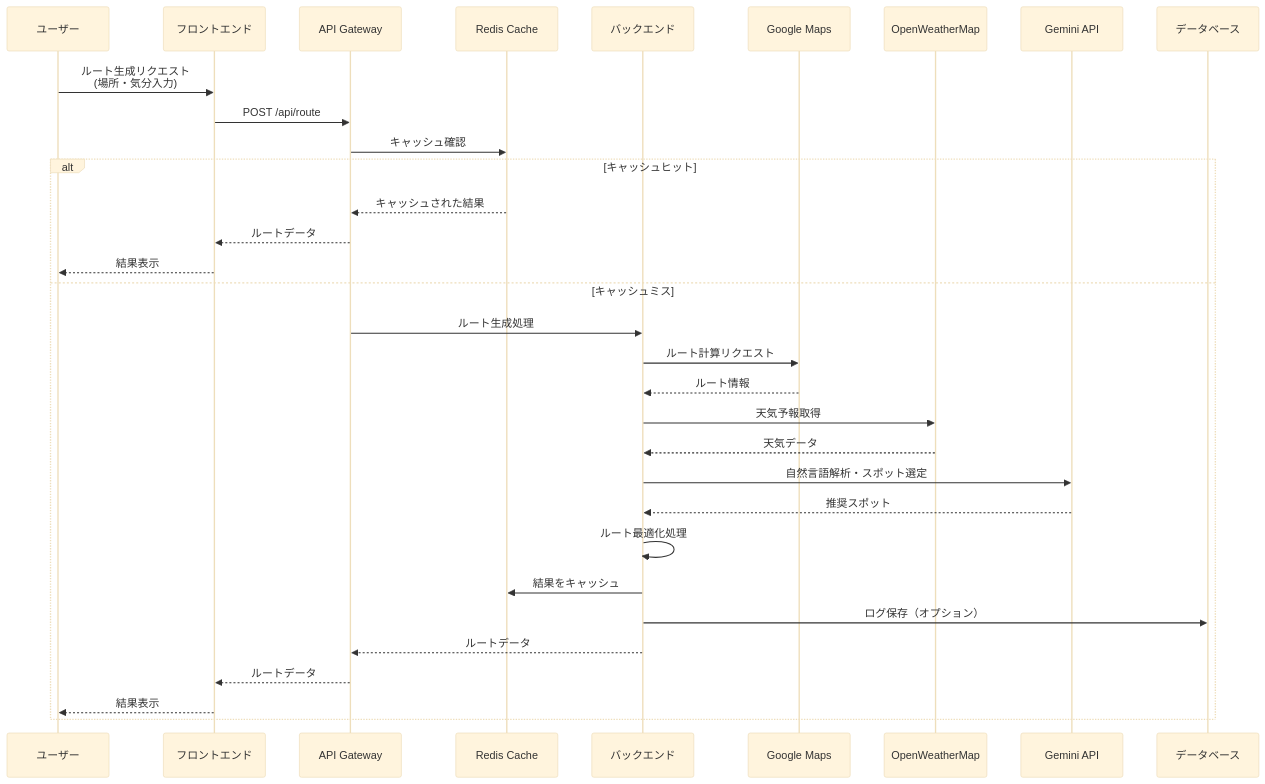
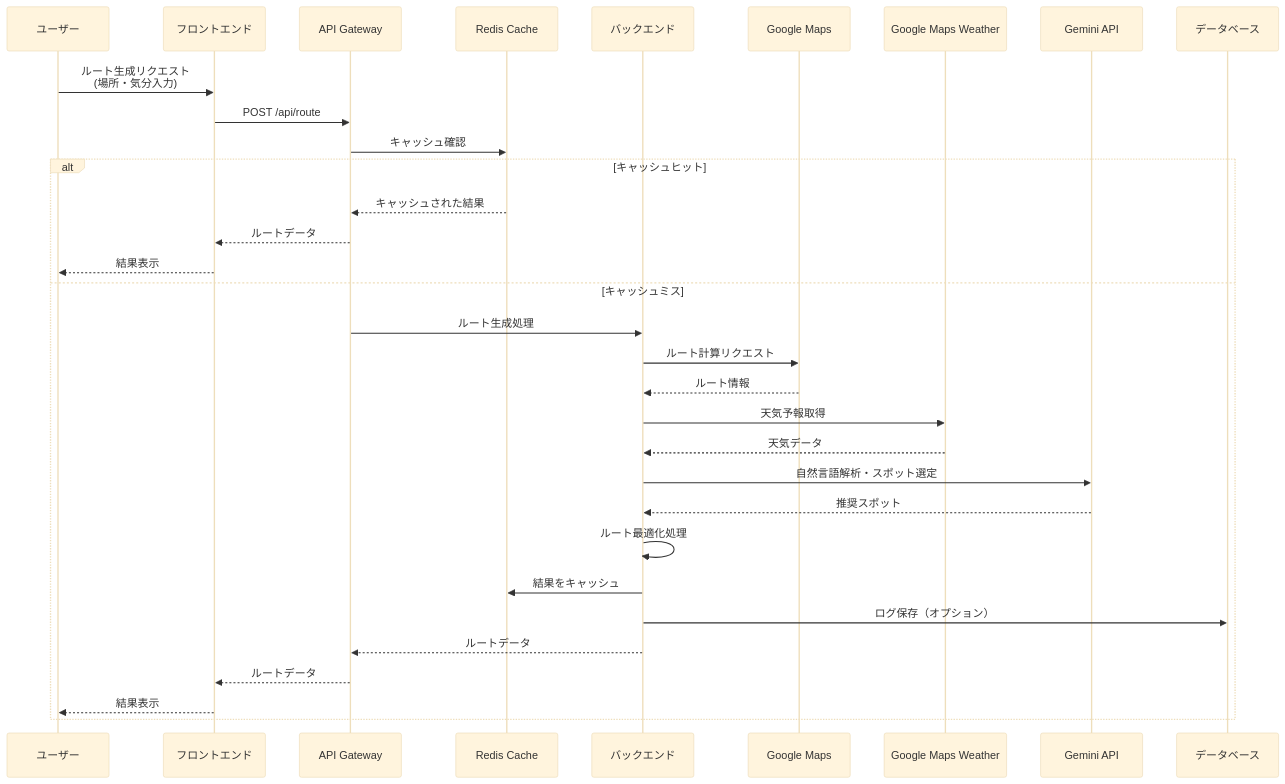
Before and after one commit to nulltemp/Itineos: the second of 3 diagrams in docs/architecture.md, drawn with Mermaid (base theme). The commit also changed other lines of this file and 11 other files, not shown here.

````diff
--- a/docs/architecture.md
+++ b/docs/architecture.md
@@ -147,35 +145,35 @@
 ```mermaid
 sequenceDiagram
     participant U as ユーザー
     participant F as フロントエンド
     participant API as API Gateway
     participant Cache as Redis Cache
     participant Backend as バックエンド
     participant Maps as Google Maps
-    participant Weather as OpenWeatherMap
+    participant Weather as Google Maps Weather
     participant AI as Gemini API
     participant DB as データベース
 
     U->>F: ルート生成リクエスト<br/>(場所・気分入力)
     F->>API: POST /api/route
     API->>Cache: キャッシュ確認
     alt キャッシュヒット
         Cache-->>API: キャッシュされた結果
         API-->>F: ルートデータ
         F-->>U: 結果表示
     else キャッシュミス
         API->>Backend: ルート生成処理
         Backend->>Maps: ルート計算リクエスト
         Maps-->>Backend: ルート情報
         Backend->>Weather: 天気予報取得
         Weather-->>Backend: 天気データ
         Backend->>AI: 自然言語解析・スポット選定
         AI-->>Backend: 推奨スポット
         Backend->>Backend: ルート最適化処理
         Backend->>Cache: 結果をキャッシュ
         Backend->>DB: ログ保存（オプション）
         Backend-->>API: ルートデータ
         API-->>F: ルートデータ
         F-->>U: 結果表示
     end
 ```
````
